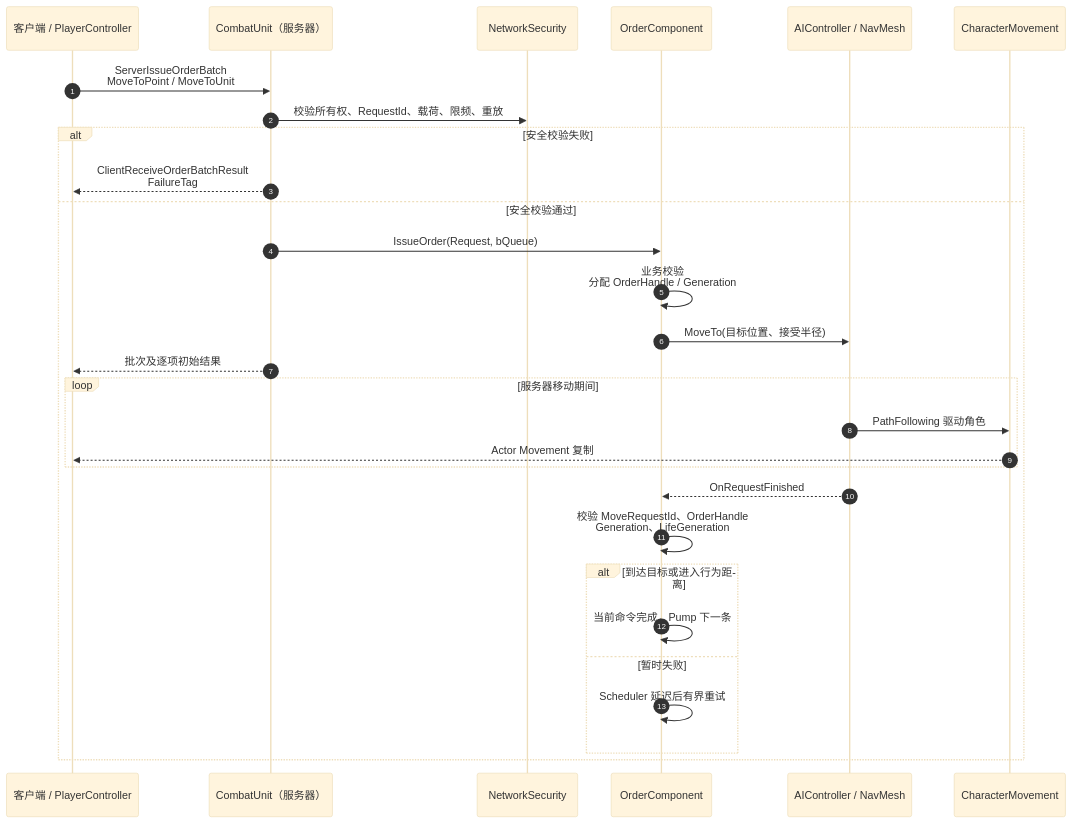
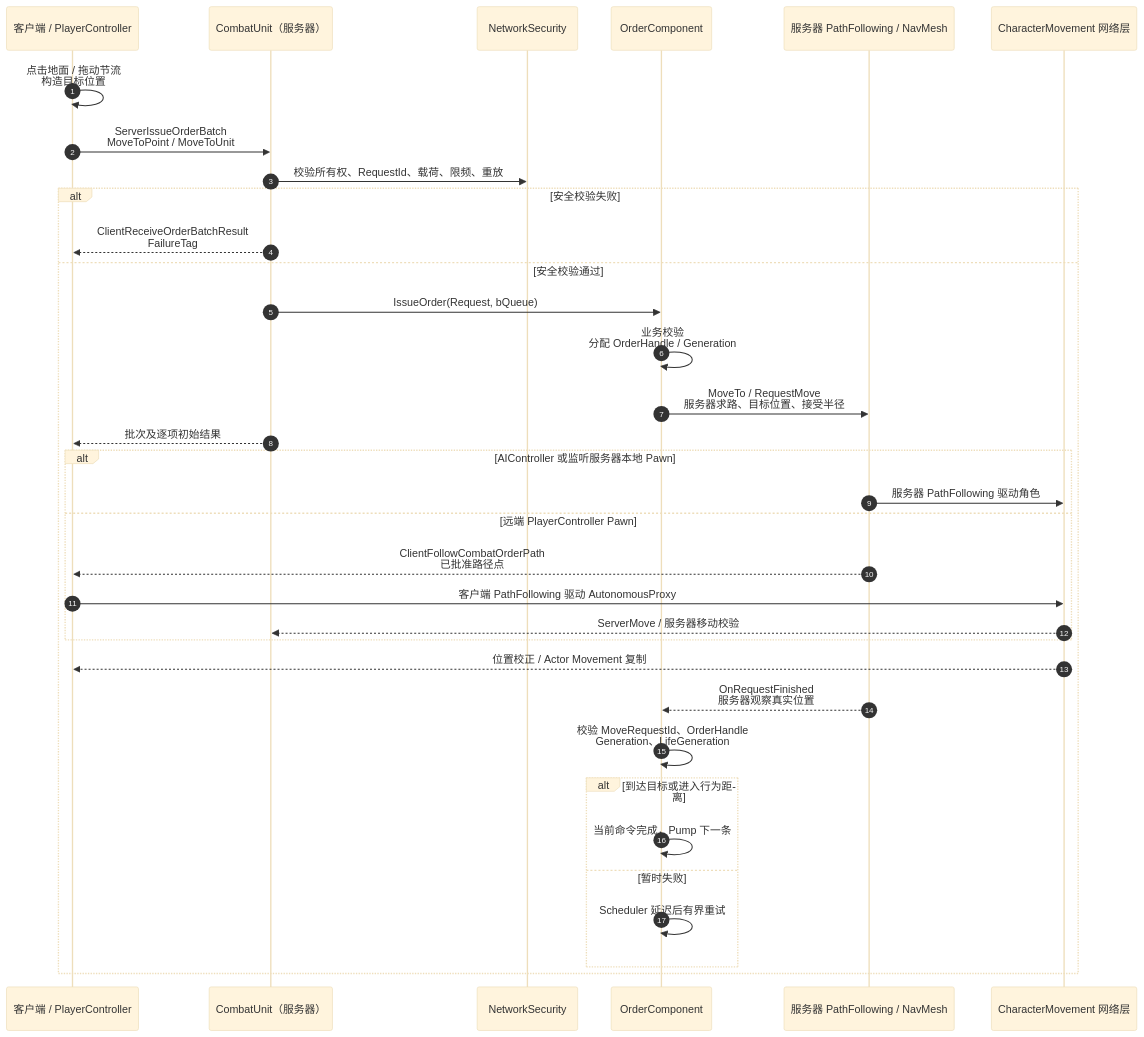
Before and after one commit to invokerw/ue_gas: the first of 2 diagrams in Doc/CombatSystem/34-Client-Server-Interaction.md, drawn with Mermaid (base theme). The commit also changed other lines of this file and 10 other files, not shown here.

Commit message:
fix: route player movement through combat orders

````diff
--- a/Doc/CombatSystem/34-Client-Server-Interaction.md
+++ b/Doc/CombatSystem/34-Client-Server-Interaction.md
@@ -61,36 +63,41 @@
 ```mermaid
 sequenceDiagram
     autonumber
     participant C as 客户端 / PlayerController
     participant U as CombatUnit（服务器）
     participant N as NetworkSecurity
     participant O as OrderComponent
-    participant AI as AIController / NavMesh
-    participant M as CharacterMovement
+    participant NAV as 服务器 PathFollowing / NavMesh
+    participant M as CharacterMovement 网络层
 
+    C->>C: 点击地面 / 拖动节流<br/>构造目标位置
     C->>U: ServerIssueOrderBatch<br/>MoveToPoint / MoveToUnit
     U->>N: 校验所有权、RequestId、载荷、限频、重放
 
     alt 安全校验失败
         U-->>C: ClientReceiveOrderBatchResult<br/>FailureTag
     else 安全校验通过
         U->>O: IssueOrder(Request, bQueue)
         O->>O: 业务校验<br/>分配 OrderHandle / Generation
-        O->>AI: MoveTo(目标位置、接受半径)
+        O->>NAV: MoveTo / RequestMove<br/>服务器求路、目标位置、接受半径
         U-->>C: 批次及逐项初始结果
 
-        loop 服务器移动期间
-            AI->>M: PathFollowing 驱动角色
-            M-->>C: Actor Movement 复制
+        alt AIController 或监听服务器本地 Pawn
+            NAV->>M: 服务器 PathFollowing 驱动角色
+        else 远端 PlayerController Pawn
+            NAV-->>C: ClientFollowCombatOrderPath<br/>已批准路径点
+            C->>M: 客户端 PathFollowing 驱动 AutonomousProxy
+            M-->>U: ServerMove / 服务器移动校验
         end
+        M-->>C: 位置校正 / Actor Movement 复制
 
-        AI-->>O: OnRequestFinished
+        NAV-->>O: OnRequestFinished<br/>服务器观察真实位置
         O->>O: 校验 MoveRequestId、OrderHandle<br/>Generation、LifeGeneration
 
         alt 到达目标或进入行为距离
             O->>O: 当前命令完成，Pump 下一条
         else 暂时失败
             O->>O: Scheduler 延迟后有界重试
         end
     end
 ```
````
